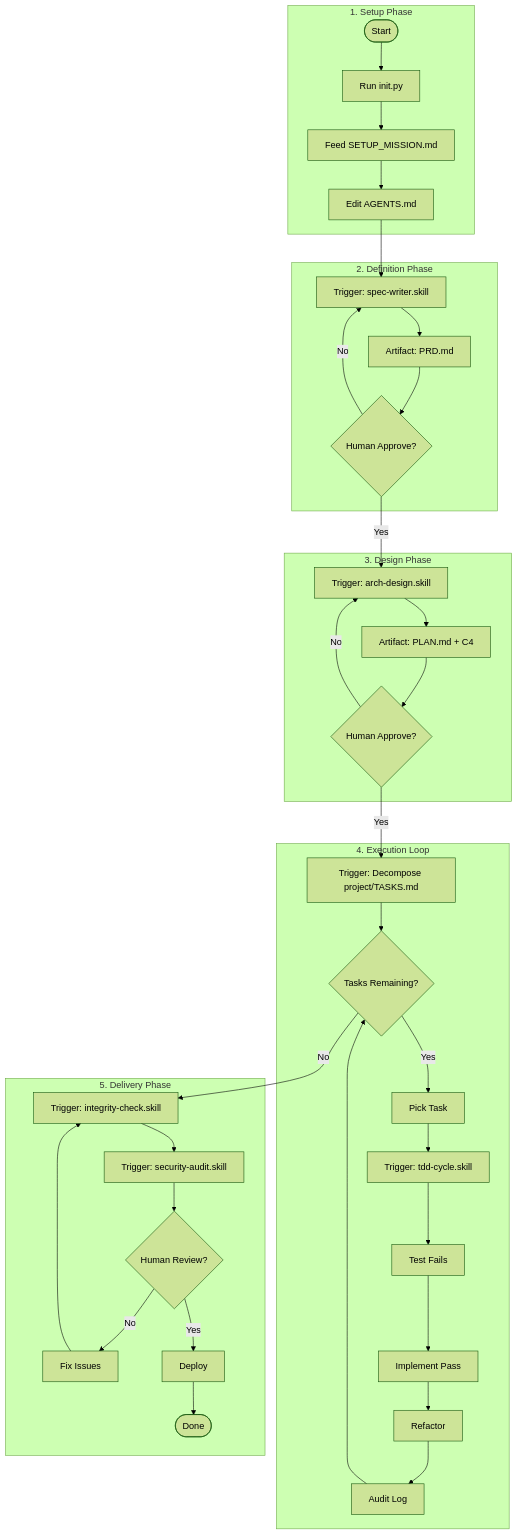
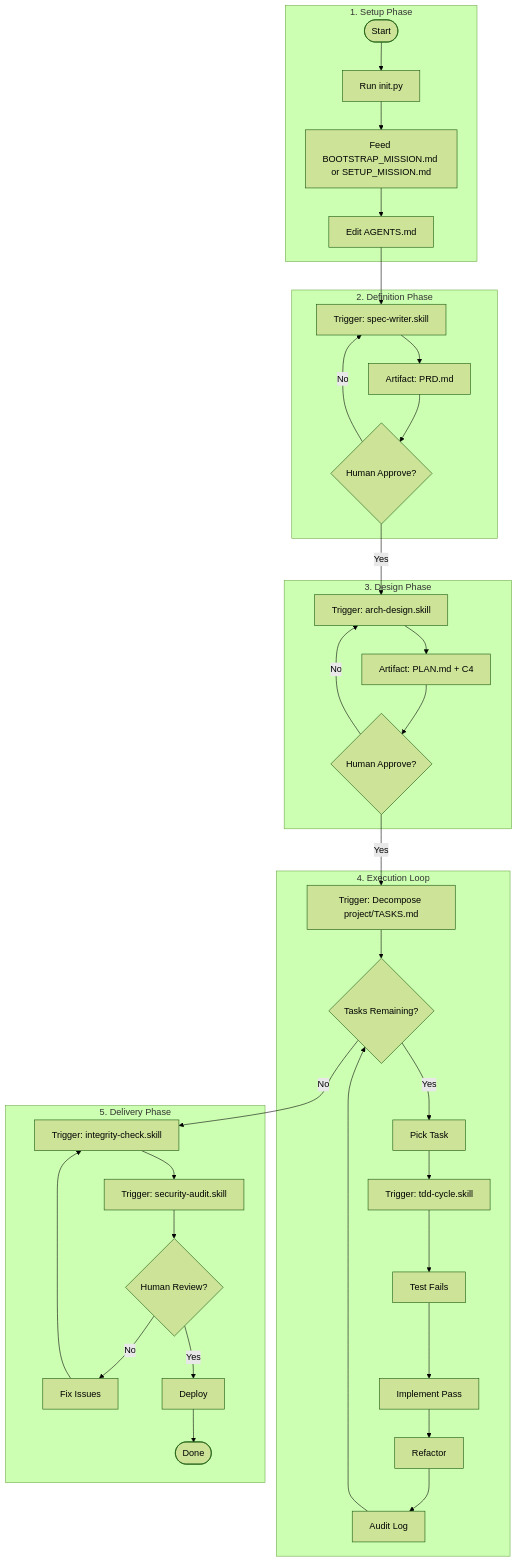
Before and after one commit to andreibesleaga/GABBE: the second of 4 diagrams in README.md, drawn with Mermaid (forest theme). The commit also changed other lines of this file and 45 other files, not shown here.

````diff
--- a/README.md
+++ b/README.md
@@ -235,49 +235,49 @@
 ```mermaid
 graph TD
     %% Phase 1: Setup
     subgraph Setup [1. Setup Phase]
         Start([Start]) --> Init[Run init.py]
-        Init --> Mission[Feed SETUP_MISSION.md]
+        Init --> Mission[Feed BOOTSTRAP_MISSION.md or SETUP_MISSION.md]
         Mission --> Config[Edit AGENTS.md]
     end
 
     %% Phase 2: Definition
     subgraph Definition [2. Definition Phase]
         Config --> Spec[Trigger: spec-writer.skill]
         Spec --> PRD[Artifact: PRD.md]
         PRD --> Review1{Human Approve?}
         Review1 -- No --> Spec
     end
 
     %% Phase 3: Design
     subgraph Design [3. Design Phase]
         Review1 -- Yes --> Plan[Trigger: arch-design.skill]
         Plan --> Arch[Artifact: PLAN.md + C4]
         Arch --> Review2{Human Approve?}
         Review2 -- No --> Plan
     end
 
     %% Phase 4: Execution
     subgraph Execution [4. Execution Loop]
         Review2 -- Yes --> Tasks[Trigger: Decompose project/TASKS.md]
         Tasks --> LoopCheck{Tasks Remaining?}
         LoopCheck -- Yes --> Pick[Pick Task]
         Pick --> TDD[Trigger: tdd-cycle.skill]
         TDD --> Red[Test Fails]
         Red --> Green[Implement Pass]
         Green --> Refactor[Refactor]
         Refactor --> Verify[Audit Log]
         Verify --> LoopCheck
     end
 
     %% Phase 5: Delivery
     subgraph Delivery [5. Delivery Phase]
         LoopCheck -- No --> Integrity[Trigger: integrity-check.skill]
         Integrity --> Security[Trigger: security-audit.skill]
         Security --> HumanRev{Human Review?}
         HumanRev -- No --> Fix[Fix Issues]
         Fix --> Integrity
         HumanRev -- Yes --> Deploy[Deploy]
         Deploy --> End([Done])
     end
 ```
````
